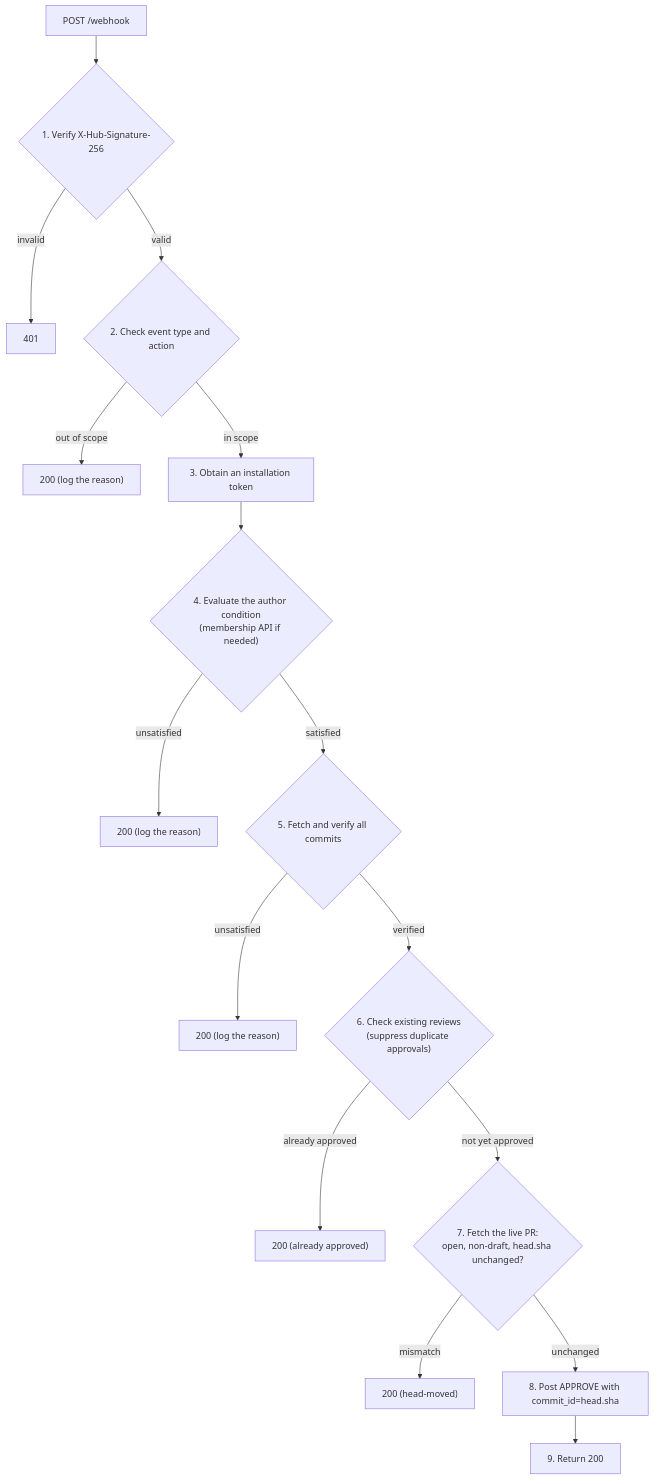
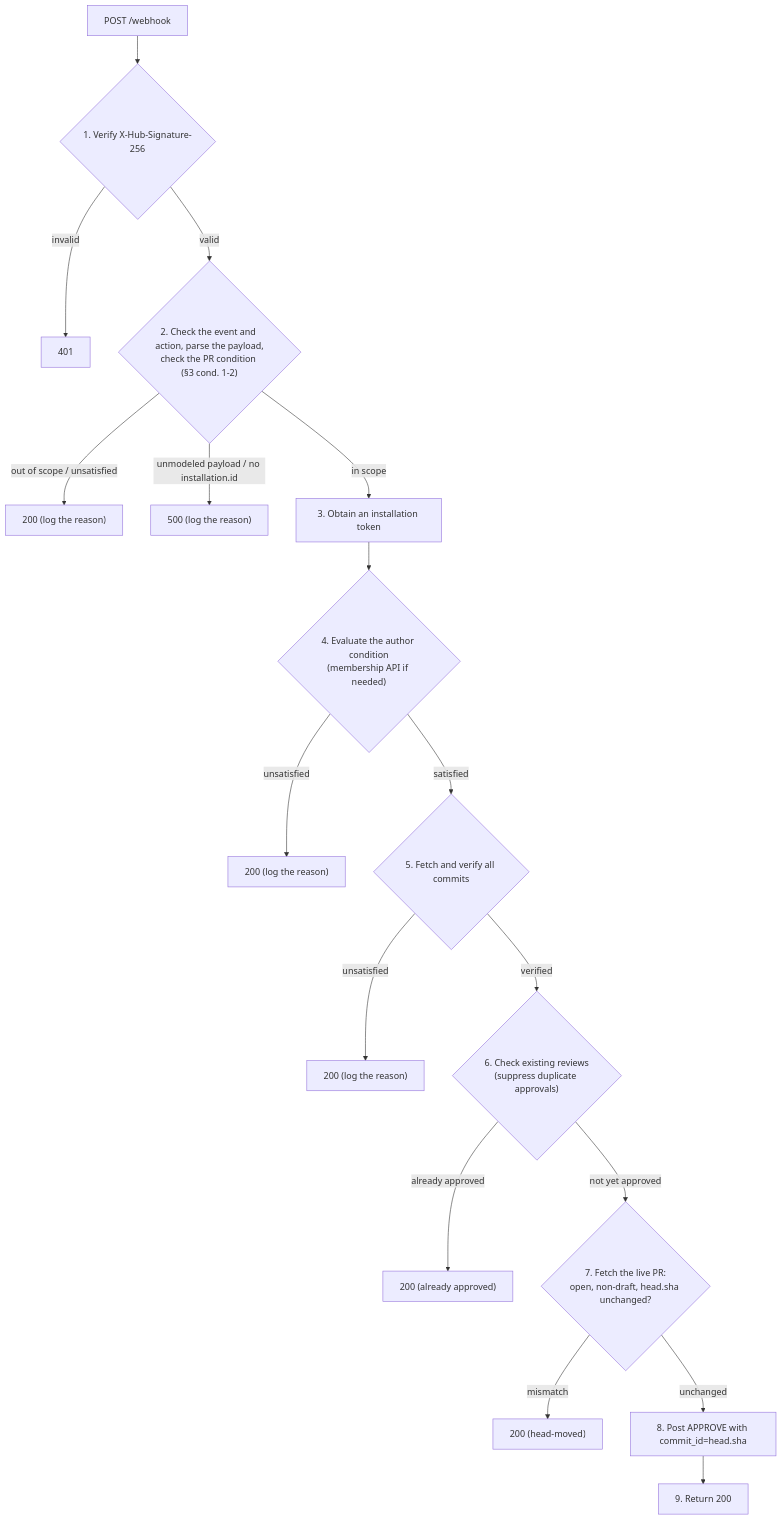
The second of 2 diagrams in SPEC.md (takumin/ghapprover), drawn with Mermaid before and after one commit. The commit also changed other lines of this file and 2 other files, not shown here.

````diff
--- a/SPEC.md
+++ b/SPEC.md
@@ -314,18 +333,19 @@
 ```mermaid
 flowchart TD
     A["POST /webhook"] --> B{"1. Verify X-Hub-Signature-256"}
     B -->|invalid| R401["401"]
-    B -->|valid| C{"2. Check event type and action"}
-    C -->|out of scope| R200A["200 (log the reason)"]
+    B -->|valid| C{"2. Check the event and action, parse the payload,<br>check the PR condition (§3 cond. 1-2)"}
+    C -->|out of scope / unsatisfied| R200A["200 (log the reason)"]
+    C -->|unmodeled payload / no installation.id| R500["500 (log the reason)"]
     C -->|in scope| D["3. Obtain an installation token"]
     D --> E{"4. Evaluate the author condition<br>(membership API if needed)"}
     E -->|unsatisfied| R200B["200 (log the reason)"]
     E -->|satisfied| F{"5. Fetch and verify all commits"}
     F -->|unsatisfied| R200C["200 (log the reason)"]
     F -->|verified| G{"6. Check existing reviews<br>(suppress duplicate approvals)"}
     G -->|already approved| R200D["200 (already approved)"]
     G -->|not yet approved| H{"7. Fetch the live PR:<br>open, non-draft, head.sha unchanged?"}
     H -->|mismatch| R200F["200 (head-moved)"]
     H -->|unchanged| I["8. Post APPROVE with commit_id=head.sha"]
     I --> R200E["9. Return 200"]
 ```
````
